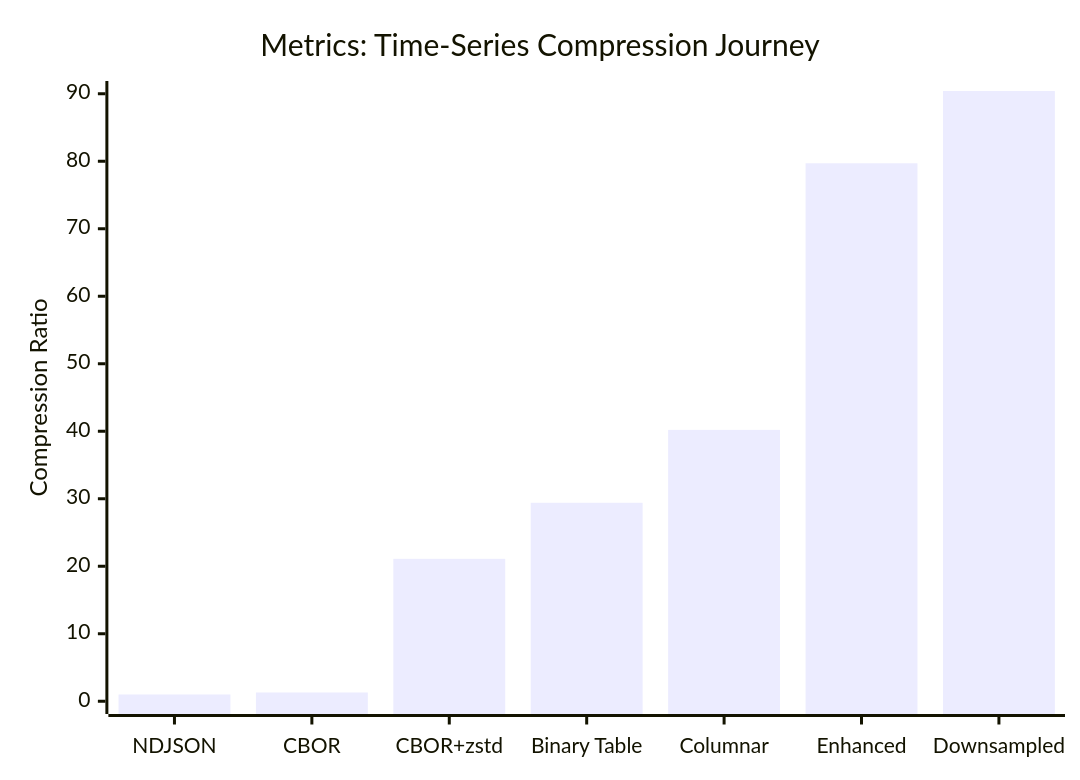
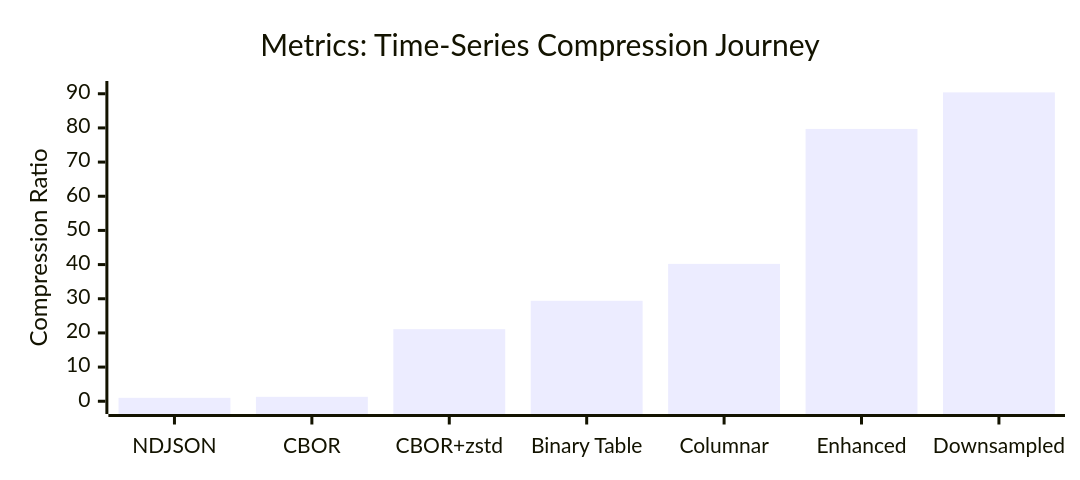
One commit to flash1293/squeezed-signals changed the first of 3 diagrams in README.md. Above: the diagram before and after it, drawn with Mermaid. The commit also changed other lines of this file, not shown here.

````diff
--- a/README.md
+++ b/README.md
@@ -8,14 +8,16 @@
 ```mermaid
 ---
 config:
+  xyChart:
+    height: 300
+    showDataLabel: true
   themeVariables:
     xyChart:
       backgroundColor: "transparent"
-      height: 300
 ---
 xychart-beta
   title "Metrics: Time-Series Compression Journey"
   x-axis ["NDJSON", "CBOR", "CBOR+zstd", "Binary Table", "Columnar", "Enhanced", "Downsampled"]
   y-axis "Compression Ratio" 0 --> 90
   bar [1, 1.3, 21.1, 29.4, 40.2, 79.7, 90.4]
 ```
````
